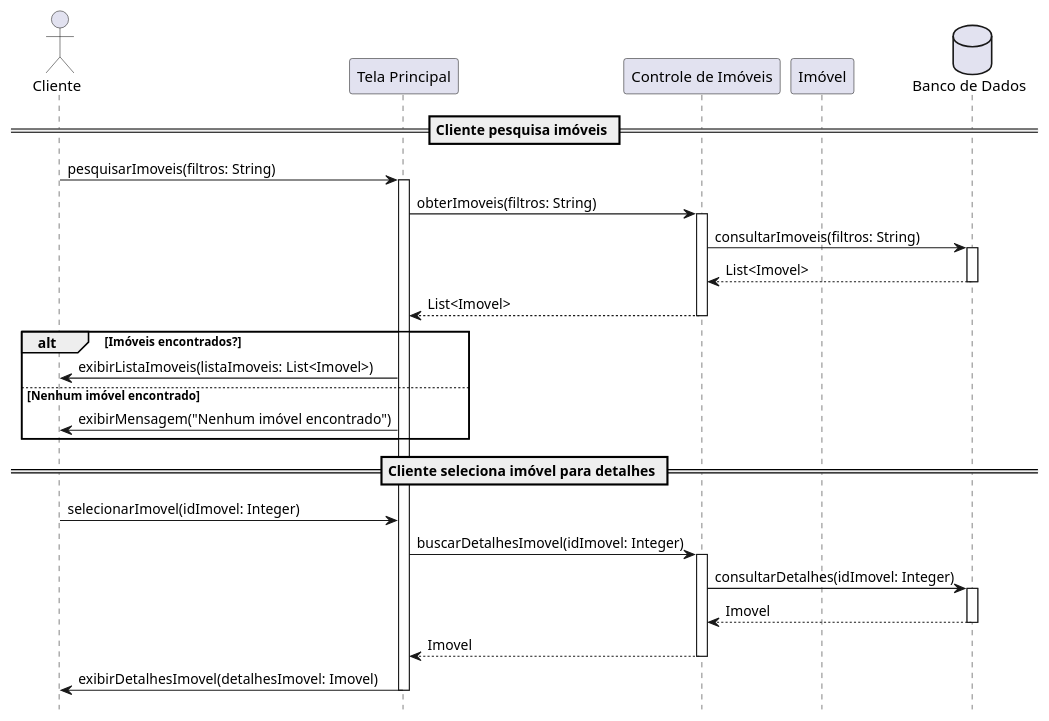
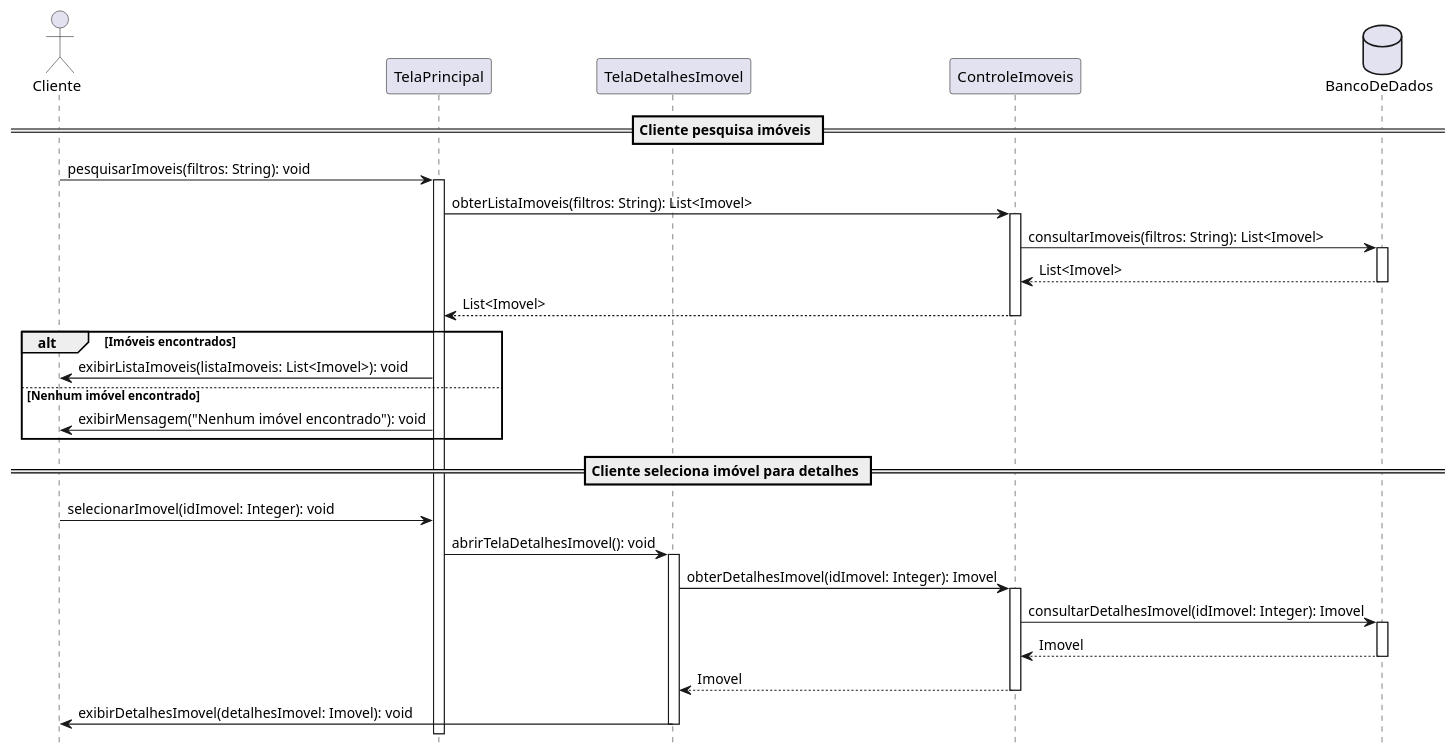
One commit to clarameira/SistemaImoveis changed the diagram in PROJETO APS/sequenciacliente2.iuml. Above: the diagram before and after it, drawn with PlantUML.

Commit message:
AMGS CHEQUEM ESSE DIAGRAMA DO CLIENTE PFF AAAAAAAAAAAA

```diff
--- a/PROJETO APS/sequenciacliente2.iuml
+++ b/PROJETO APS/sequenciacliente2.iuml
@@ -1,50 +1,52 @@
 @startuml "Visualizar Imóveis - Cliente"
 hide footbox
 
 actor Cliente as cliente
-participant "Tela Principal" as tela_principal
-participant "Controle de Imóveis" as controle_imoveis
-participant "Imóvel" as imovel
-database "Banco de Dados" as bd
+participant "TelaPrincipal" as tela_principal
+participant "TelaDetalhesImovel" as tela_detalhes
+participant "ControleImoveis" as controle_imoveis
+database "BancoDeDados" as bd
 
 == Cliente pesquisa imóveis ==
 
-cliente -> tela_principal: pesquisarImoveis(filtros: String)
+cliente -> tela_principal: pesquisarImoveis(filtros: String): void
 activate tela_principal
 
-tela_principal -> controle_imoveis: obterImoveis(filtros: String)
+tela_principal -> controle_imoveis: obterListaImoveis(filtros: String): List<Imovel>
 activate controle_imoveis
 
-controle_imoveis -> bd: consultarImoveis(filtros: String)
+controle_imoveis -> bd: consultarImoveis(filtros: String): List<Imovel>
 activate bd
 bd --> controle_imoveis: List<Imovel>
 deactivate bd
 
 controle_imoveis --> tela_principal: List<Imovel>
 deactivate controle_imoveis
 
-alt Imóveis encontrados?
-    tela_principal -> cliente: exibirListaImoveis(listaImoveis: List<Imovel>)
+alt Imóveis encontrados
+    tela_principal -> cliente: exibirListaImoveis(listaImoveis: List<Imovel>): void
 else Nenhum imóvel encontrado
-    tela_principal -> cliente: exibirMensagem("Nenhum imóvel encontrado")
+    tela_principal -> cliente: exibirMensagem("Nenhum imóvel encontrado"): void
 end
 
 == Cliente seleciona imóvel para detalhes ==
 
-cliente -> tela_principal: selecionarImovel(idImovel: Integer)
-tela_principal -> controle_imoveis: buscarDetalhesImovel(idImovel: Integer)
+cliente -> tela_principal: selecionarImovel(idImovel: Integer): void
+tela_principal -> tela_detalhes: abrirTelaDetalhesImovel(): void
+activate tela_detalhes
+
+tela_detalhes -> controle_imoveis: obterDetalhesImovel(idImovel: Integer): Imovel
 activate controle_imoveis
 
-controle_imoveis -> bd: consultarDetalhes(idImovel: Integer)
+controle_imoveis -> bd: consultarDetalhesImovel(idImovel: Integer): Imovel
 activate bd
 bd --> controle_imoveis: Imovel
 deactivate bd
 
-controle_imoveis --> tela_principal: Imovel
+controle_imoveis --> tela_detalhes: Imovel
 deactivate controle_imoveis
 
-tela_principal -> cliente: exibirDetalhesImovel(detalhesImovel: Imovel)
-
-deactivate tela_principal
+tela_detalhes -> cliente: exibirDetalhesImovel(detalhesImovel: Imovel): void
+deactivate tela_detalhes
 
 @enduml
```
